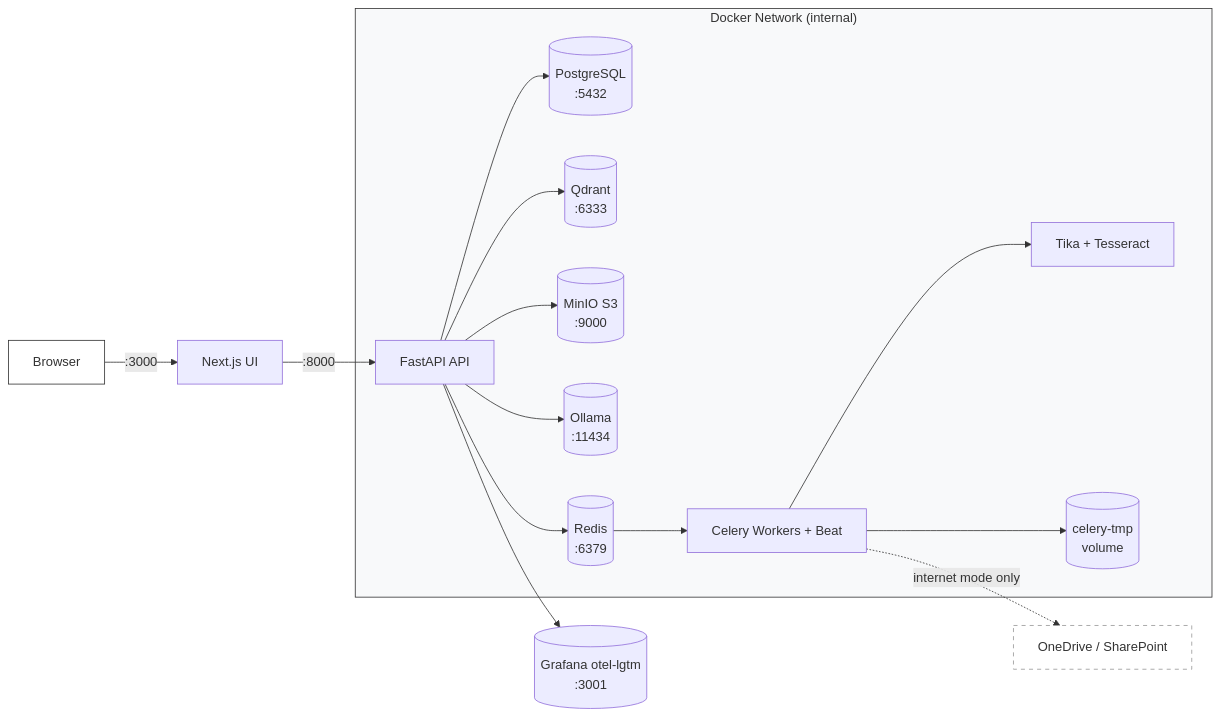
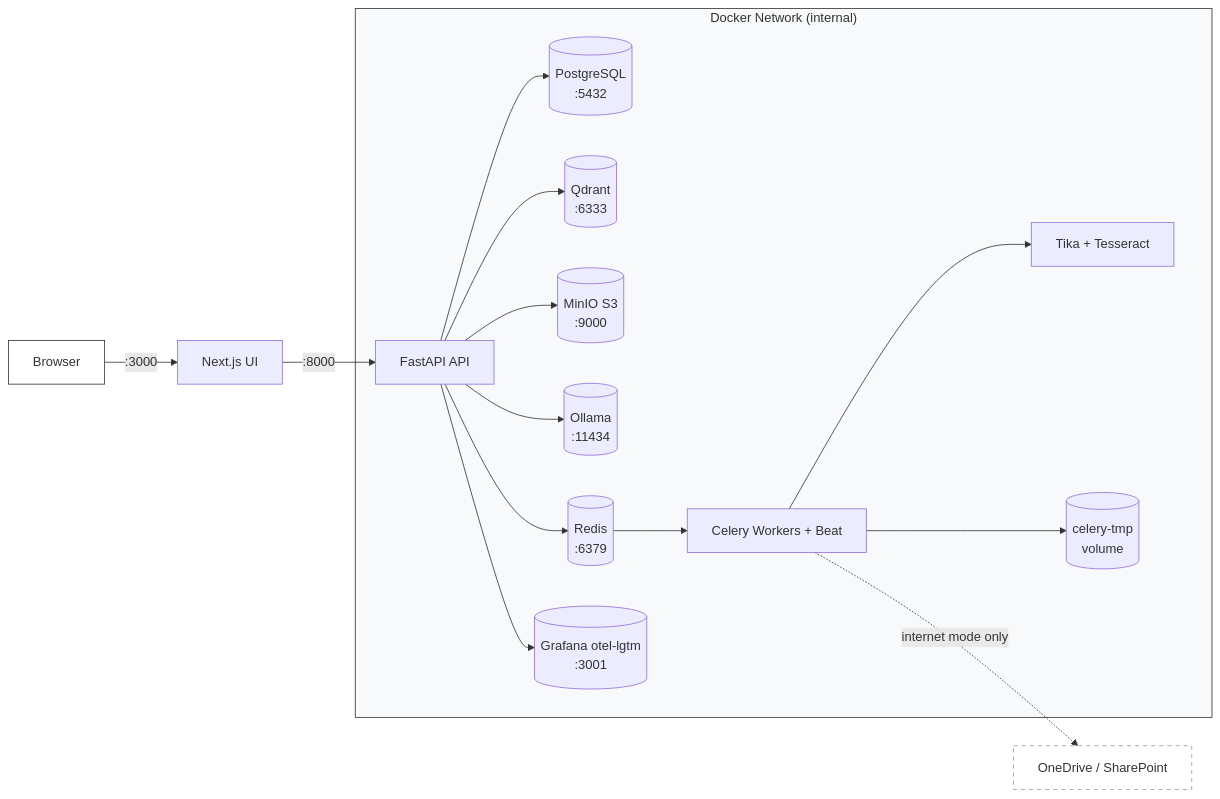
One commit to njrenaissance/opencase changed the second of 2 diagrams in docs/ARCHITECTURE.md. Above: the diagram before and after it, drawn with Mermaid.

Commit message:
docs(#115): Move Grafana otel-lgtm into Docker network in deployment diagram

````diff
--- a/docs/ARCHITECTURE.md
+++ b/docs/ARCHITECTURE.md
@@ -222,23 +222,23 @@
 ```mermaid
 graph LR
     Browser -->|:3000| NextJS[Next.js UI]
     NextJS -->|:8000| FastAPI[FastAPI API]
 
     subgraph docker["Docker Network (internal)"]
         FastAPI --> PostgreSQL[("PostgreSQL\n:5432")]
         FastAPI --> Qdrant[("Qdrant\n:6333")]
         FastAPI --> MinIO[("MinIO S3\n:9000")]
         FastAPI --> Ollama[("Ollama\n:11434")]
         FastAPI --> Redis[("Redis\n:6379")]
         Redis --> Celery["Celery Workers + Beat"]
         Celery --> Tika["Tika + Tesseract"]
         Celery --> TmpVol[("celery-tmp\nvolume")]
+        FastAPI --> Grafana[("Grafana otel-lgtm\n:3001")]
     end
 
     Celery -.->|internet mode only| OneDrive["OneDrive / SharePoint"]
-    FastAPI --> Grafana[("Grafana otel-lgtm\n:3001")]
 
     style docker fill:#f8f9fa,stroke:#333
     style Browser fill:#fff,stroke:#333
     style OneDrive fill:#fff,stroke:#999,stroke-dasharray: 5 5
 ```
````
